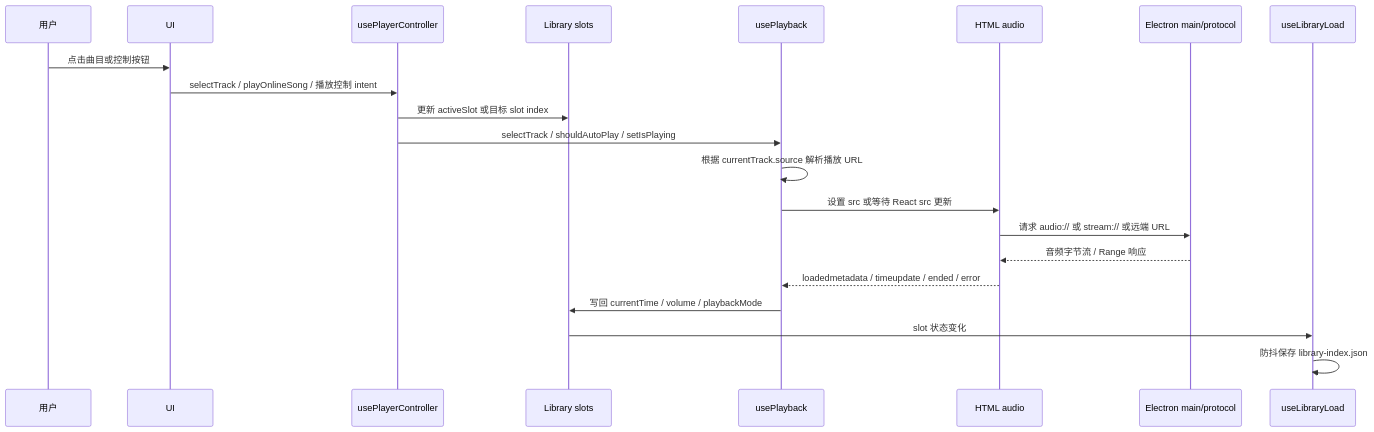
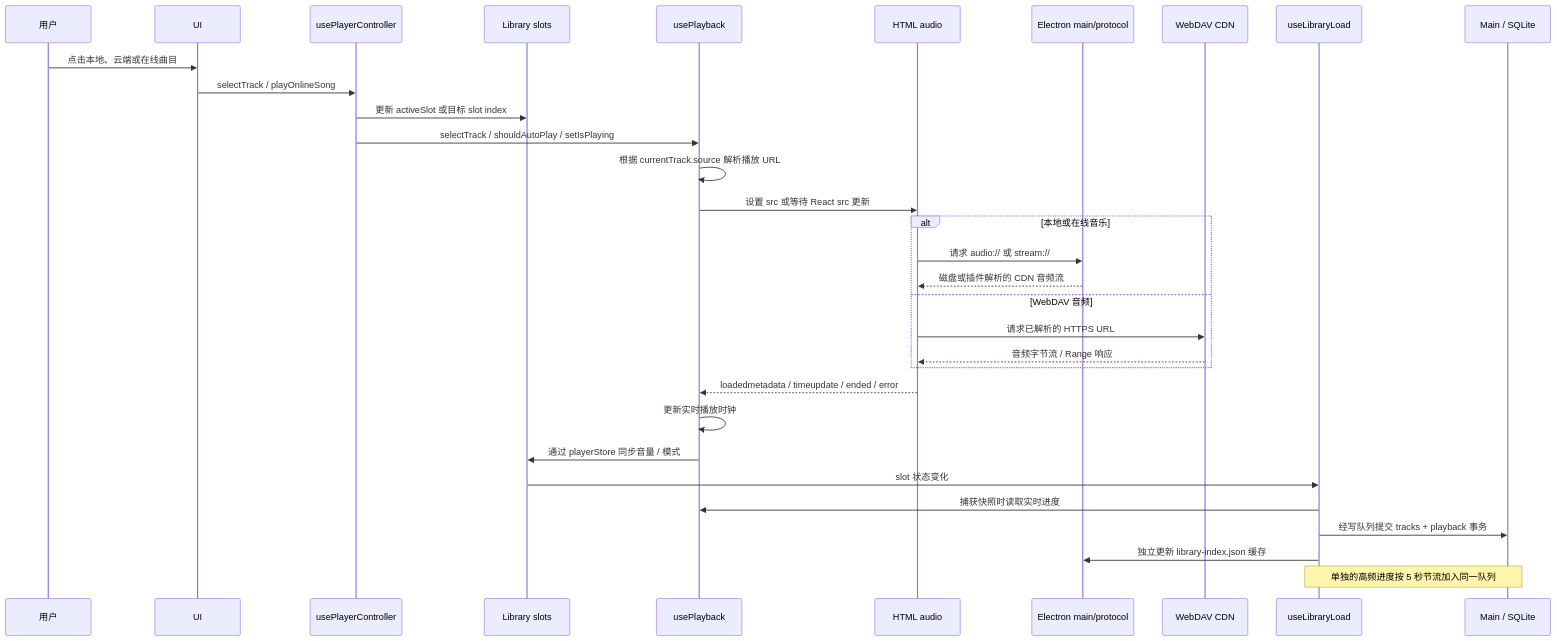
The diagram in docs/architecture/playback-flow.md (xwsjjctz/LyricsAdapter), drawn with Mermaid before and after one commit. The commit also changed other lines of this file and 3 other files, not shown here.

````diff
--- a/docs/architecture/playback-flow.md
+++ b/docs/architecture/playback-flow.md
@@ -20,24 +21,35 @@
 ```mermaid
 sequenceDiagram
   participant U as 用户
   participant UI as UI
   participant C as usePlayerController
   participant LS as Library slots
   participant P as usePlayback
   participant Audio as HTML audio
   participant Main as Electron main/protocol
+  participant Remote as WebDAV CDN
   participant Store as useLibraryLoad
+  participant DB as Main / SQLite
 
-  U->>UI: 点击曲目或控制按钮
-  UI->>C: selectTrack / playOnlineSong / 播放控制 intent
+  U->>UI: 点击本地、云端或在线曲目
+  UI->>C: selectTrack / playOnlineSong
   C->>LS: 更新 activeSlot 或目标 slot index
   C->>P: selectTrack / shouldAutoPlay / setIsPlaying
   P->>P: 根据 currentTrack.source 解析播放 URL
   P->>Audio: 设置 src 或等待 React src 更新
-  Audio->>Main: 请求 audio:// 或 stream:// 或远端 URL
-  Main-->>Audio: 音频字节流 / Range 响应
+  alt 本地或在线音乐
+    Audio->>Main: 请求 audio:// 或 stream://
+    Main-->>Audio: 磁盘或插件解析的 CDN 音频流
+  else WebDAV 音频
+    Audio->>Remote: 请求已解析的 HTTPS URL
+    Remote-->>Audio: 音频字节流 / Range 响应
+  end
   Audio-->>P: loadedmetadata / timeupdate / ended / error
-  P->>LS: 写回 currentTime / volume / playbackMode
+  P->>P: 更新实时播放时钟
+  P->>LS: 通过 playerStore 同步音量 / 模式
   LS->>Store: slot 状态变化
-  Store->>Store: 防抖保存 library-index.json
+  Store->>P: 捕获快照时读取实时进度
+  Store->>DB: 经写队列提交 tracks + playback 事务
+  Store->>Main: 独立更新 library-index.json 缓存
+  Note over Store,DB: 单独的高频进度按 5 秒节流加入同一队列
 ```
````
